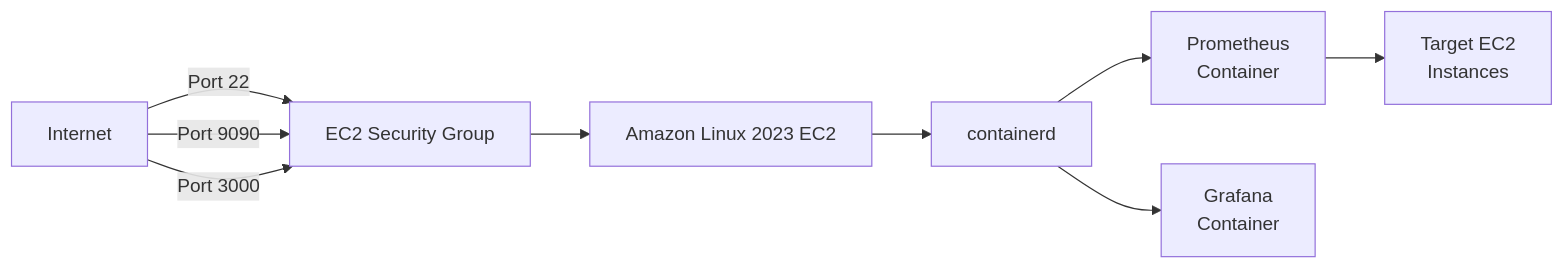
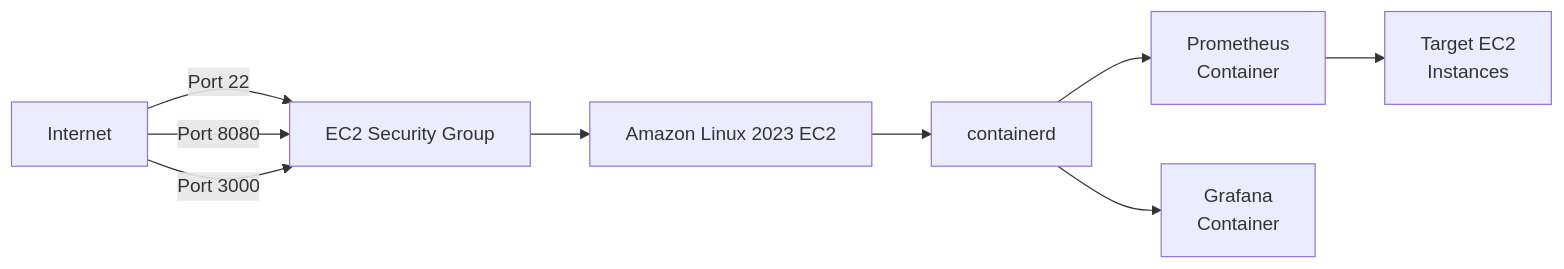
One commit to zhang1980s/prometheus-lab changed the second of 2 diagrams in README.md. Above: the diagram before and after it, drawn with Mermaid. The commit also changed other lines of this file and 4 other files, not shown here.

````diff
--- a/README.md
+++ b/README.md
@@ -34,11 +34,11 @@
 ```mermaid
 flowchart LR
     A[Internet] --> |Port 22| B[EC2 Security Group]
-    A --> |Port 9090| B
+    A --> |Port 8080| B
     A --> |Port 3000| B
     B --> C[Amazon Linux 2023 EC2]
     C --> D[containerd]
     D --> E[Prometheus\nContainer]
     D --> F[Grafana\nContainer]
     E --> G[Target EC2\nInstances]
 ```
````
